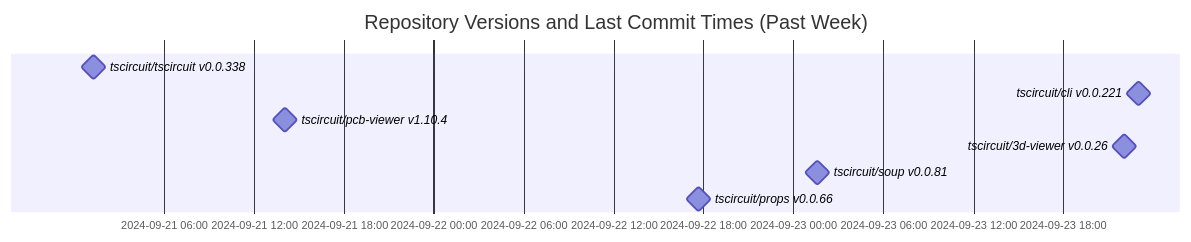
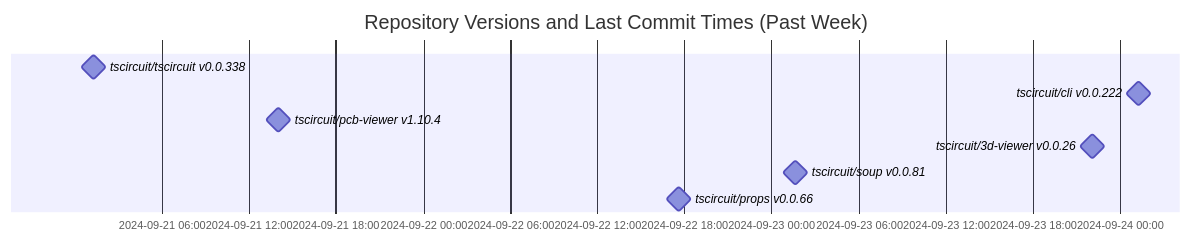
One commit to tscircuit/version-tracker changed the diagram in README.md. Above: the diagram before and after it, drawn with Mermaid.

Commit message:
Update chart

````diff
--- a/README.md
+++ b/README.md
@@ -1,13 +1,13 @@
 ```mermaid
 gantt
   dateFormat  YYYY-MM-DD HH:mm:ss
   title Repository Versions and Last Commit Times (Past Week)
   axisFormat %Y-%m-%d %H:%M
 
   tscircuit/tscircuit v0.0.338 : milestone, 2024-09-21 01:17:43, 1s
-  tscircuit/cli v0.0.221 : milestone, 2024-09-23 23:02:58, 1s
+  tscircuit/cli v0.0.222 : milestone, 2024-09-24 01:17:02, 1s
   tscircuit/pcb-viewer v1.10.4 : milestone, 2024-09-21 14:02:34, 1s
   tscircuit/3d-viewer v0.0.26 : milestone, 2024-09-23 22:06:33, 1s
   tscircuit/soup v0.0.81 : milestone, 2024-09-23 01:38:05, 1s
   tscircuit/props v0.0.66 : milestone, 2024-09-22 17:38:44, 1s
 ```
````
